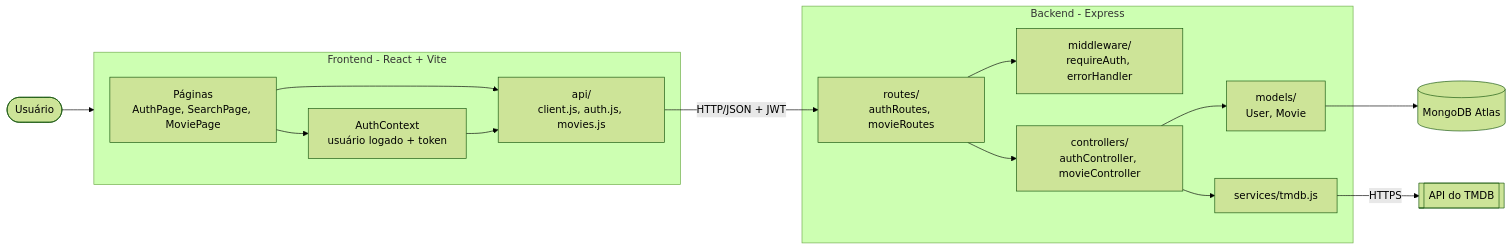
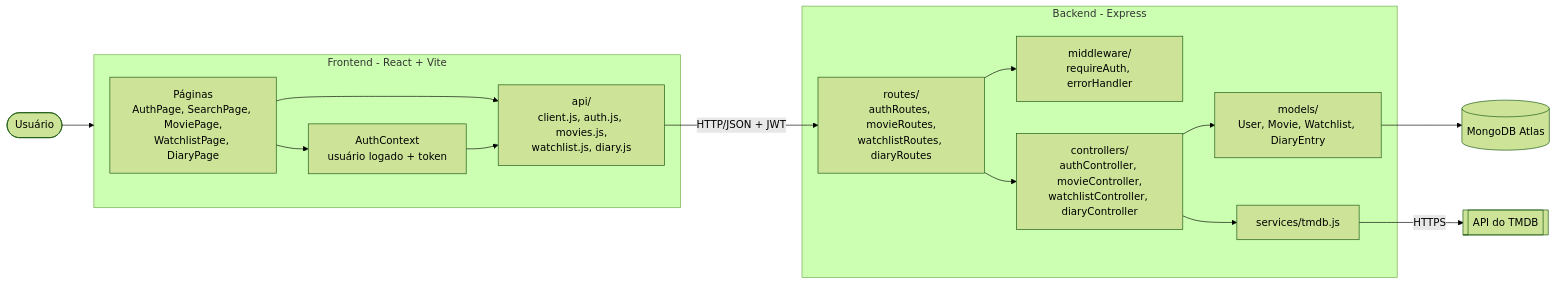
One commit to gabriel-cancado/CineList changed the first of 3 diagrams in README.md. Above: the diagram before and after it, drawn with Mermaid (forest theme). The commit also changed other lines of this file, not shown here.

Commit message:
docs: update UML component and class diagrams with watchlist and diary

````diff
--- a/README.md
+++ b/README.md
@@ -78,29 +78,29 @@
 ```mermaid
 flowchart LR
     user([Usuário]) --> client
 
     subgraph client [Frontend - React + Vite]
-        pages[Páginas<br/>AuthPage, SearchPage, MoviePage]
+        pages[Páginas<br/>AuthPage, SearchPage, MoviePage,<br/>WatchlistPage, DiaryPage]
         ctx[AuthContext<br/>usuário logado + token]
-        api[api/<br/>client.js, auth.js, movies.js]
+        api[api/<br/>client.js, auth.js, movies.js,<br/>watchlist.js, diary.js]
         pages --> ctx
         pages --> api
         ctx --> api
     end
 
     subgraph server [Backend - Express]
-        routes[routes/<br/>authRoutes, movieRoutes]
+        routes[routes/<br/>authRoutes, movieRoutes,<br/>watchlistRoutes, diaryRoutes]
         mw[middleware/<br/>requireAuth, errorHandler]
-        ctrl[controllers/<br/>authController, movieController]
-        models[models/<br/>User, Movie]
+        ctrl[controllers/<br/>authController, movieController,<br/>watchlistController, diaryController]
+        models[models/<br/>User, Movie, Watchlist, DiaryEntry]
         tmdb[services/tmdb.js]
         routes --> mw
         routes --> ctrl
         ctrl --> models
         ctrl --> tmdb
     end
 
     api -- HTTP/JSON + JWT --> routes
     models --> db[(MongoDB Atlas)]
     tmdb -- HTTPS --> ext[[API do TMDB]]
 ```
````
